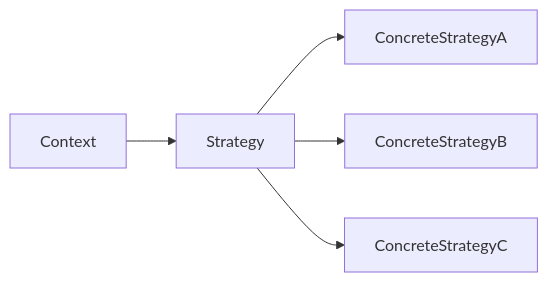
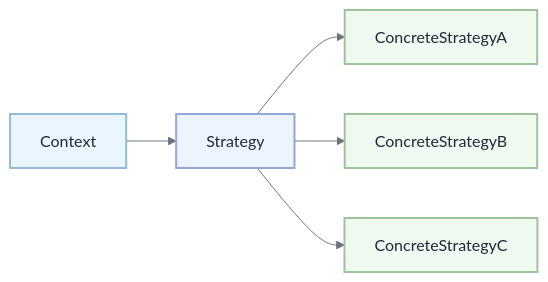
One commit to MishaSytch/middle_java_back changed the tenth of 16 diagrams in docs/interview/design-patterns.md. Above: the diagram before and after it, drawn with Mermaid. The commit also changed other lines of this file and 15 other files, not shown here.

````diff
--- a/docs/interview/design-patterns.md
+++ b/docs/interview/design-patterns.md
@@ -200,7 +321,16 @@
 ```mermaid
+%%{init: { 'theme': 'neutral', 'themeVariables': { 'primaryColor': '#ffffff', 'primaryTextColor': '#1f2937', 'lineColor': '#6b7280', 'primaryBorderColor': '#d1d5db', 'secondaryColor': '#f3f4f6', 'tertiaryColor': '#e5e7eb' } } }%%
 flowchart LR
     C[Context] --> S[Strategy]
     S --> S1[ConcreteStrategyA]
     S --> S2[ConcreteStrategyB]
     S --> S3[ConcreteStrategyC]
+    classDef n0 fill:#eaf5fd,stroke:#94bcd8,stroke-width:2px,color:#1f2937
+    classDef n1 fill:#eef4ff,stroke:#93a8d4,stroke-width:2px,color:#1f2937
+    classDef n2 fill:#f0f9ef,stroke:#9dc49a,stroke-width:2px,color:#1f2937
+    class C n0
+    class S n1
+    class S1 n2
+    class S2 n2
+    class S3 n2
 ```
````
